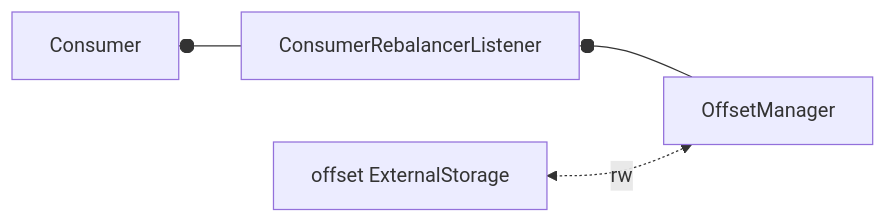
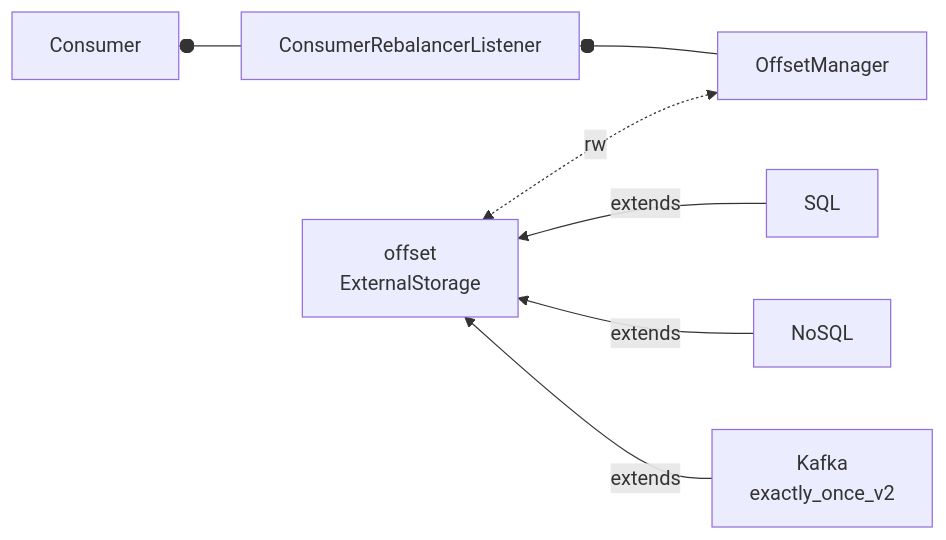
One commit to cherkavi/cheat-sheet changed the fourth of 6 diagrams in kafka-cheat-sheet.md. Above: the diagram before and after it, drawn with Mermaid.

Commit message:
kafka exactly_once_v2 impl

````diff
--- a/kafka-cheat-sheet.md
+++ b/kafka-cheat-sheet.md
@@ -129,7 +129,12 @@
 ```mermaid
 flowchart RL
 c --o cs[Consumer]
 of[OffsetManager] --o c[ConsumerRebalancerListener]
-of <-.->|rw| es[offset ExternalStorage ]
+of <-.->|rw| es[offset 
+                ExternalStorage ]
 
+SQL   -->|extends| es
+NoSQL -->|extends| es
+Kafka[Kafka 
+     exactly_once_v2] -->|extends| es
 ```
````
